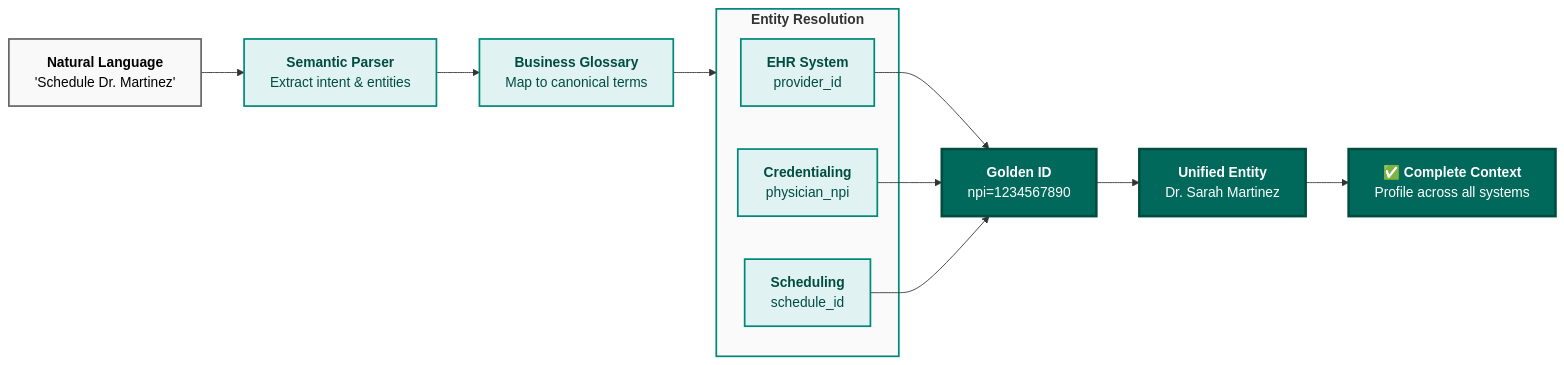
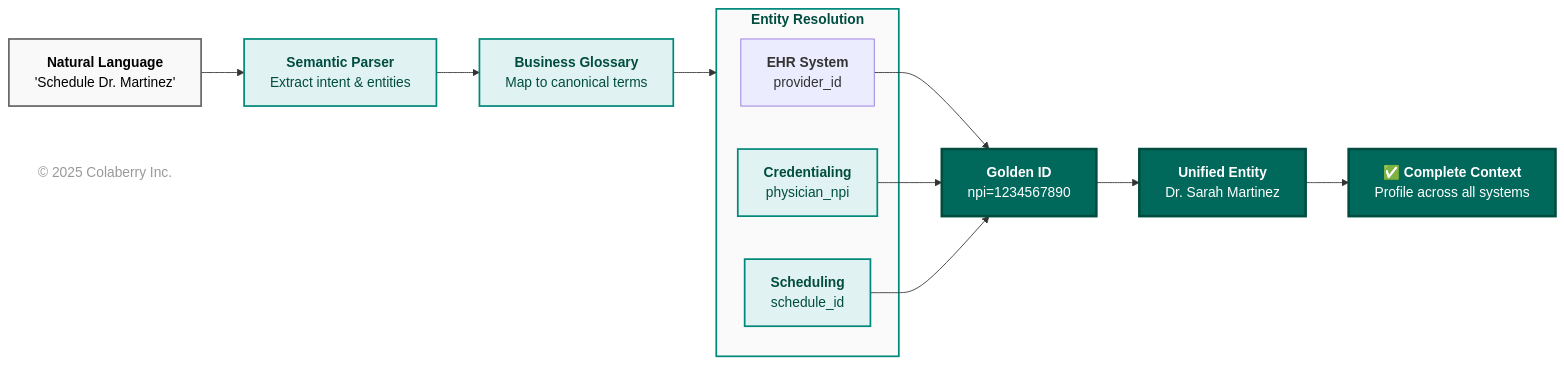
The sixth of 16 diagrams in chapter-01/chapter_1_complete.md (colaberry/enterprise-data-readiness-ai-agents), drawn with Mermaid before and after one commit. The commit also changed other lines of this file, not shown here.

````diff
--- a/chapter-01/chapter_1_complete.md
+++ b/chapter-01/chapter_1_complete.md
@@ -766,40 +790,44 @@
 ```mermaid
 flowchart LR
     NL["<b>Natural Language</b><br/>'Schedule Dr. Martinez'"]
     
     PARSE["<b>Semantic Parser</b><br/>Extract intent & entities"]
     
     GLOSS["<b>Business Glossary</b><br/>Map to canonical terms"]
     
     subgraph resolve["<b>Entity Resolution</b>"]
         E1["<b>EHR System</b><br/>provider_id"]
         E2["<b>Credentialing</b><br/>physician_npi"]
         E3["<b>Scheduling</b><br/>schedule_id"]
     end
     
     GOLD["<b>Golden ID</b><br/>npi=1234567890"]
     
     ENTITY["<b>Unified Entity</b><br/>Dr. Sarah Martinez"]
     
     CONTEXT["<b>✅ Complete Context</b><br/>Profile across all systems"]
     
     NL --> PARSE
     PARSE --> GLOSS
     GLOSS --> resolve
     E1 --> GOLD
     E2 --> GOLD
     E3 --> GOLD
     GOLD --> ENTITY
     ENTITY --> CONTEXT
     
     style NL fill:#f9f9f9,stroke:#666666,stroke-width:2px,color:#000000
     style PARSE fill:#e0f2f1,stroke:#00897b,stroke-width:2px,color:#004d40
     style GLOSS fill:#e0f2f1,stroke:#00897b,stroke-width:2px,color:#004d40
-    style resolve fill:#fafafa,stroke:#00897b,stroke-width:2px
-    style E1 fill:#e0f2f1,stroke:#00897b,stroke-width:2px,color:#004d40
+    style resolve fill:#fafafa,stroke:#00897b,stroke-width:2px,color:#000000    style E1 fill:#e0f2f1,stroke:#00897b,stroke-width:2px,color:#004d40
     style E2 fill:#e0f2f1,stroke:#00897b,stroke-width:2px,color:#004d40
     style E3 fill:#e0f2f1,stroke:#00897b,stroke-width:2px,color:#004d40
     style GOLD fill:#00695c,color:#ffffff,stroke:#004d40,stroke-width:3px
     style ENTITY fill:#00695c,color:#ffffff,stroke:#004d40,stroke-width:3px
+
+    %% Copyright Notice
+    CR["© 2025 Colaberry Inc."]
+
     style CONTEXT fill:#00695c,color:#ffffff,stroke:#004d40,stroke-width:3px
+    style CR fill:none,stroke:none,color:#999999
 ```
````
